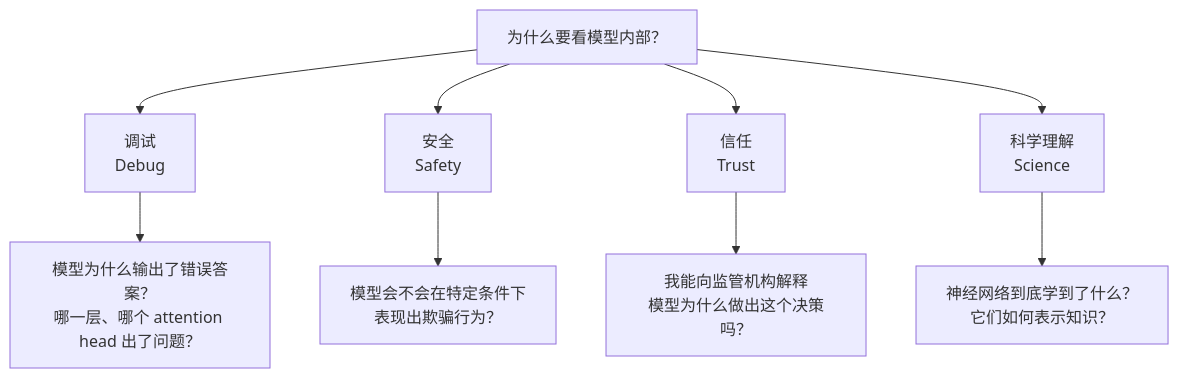
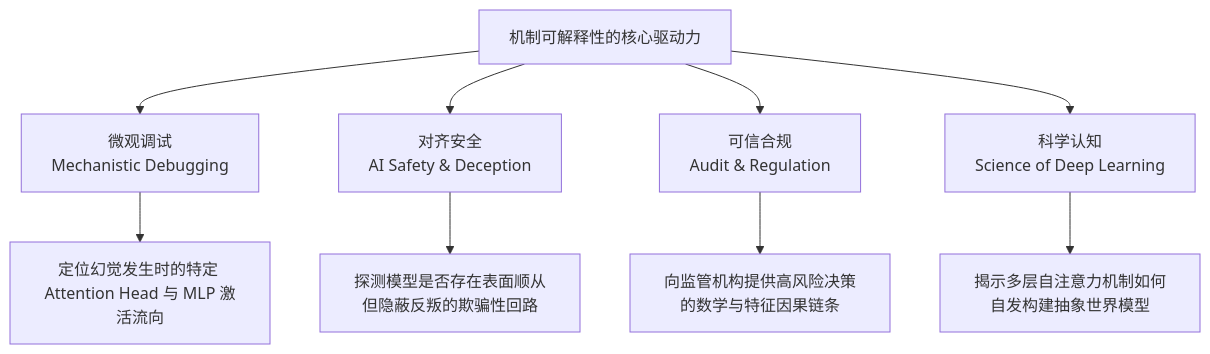
One commit to yingwang/thinking-in-llm changed the first of 8 diagrams in chapters/13-interpretability.md. Above: the diagram before and after it, drawn with Mermaid. The commit also changed other lines of this file and 31 other files, not shown here.

````diff
--- a/chapters/13-interpretability.md
+++ b/chapters/13-interpretability.md
@@ -32,13 +36,13 @@
 ```mermaid
 graph TB
-    I["为什么要看模型内部？"]
-    I --> A["调试<br/>Debug"]
-    I --> B["安全<br/>Safety"]
-    I --> C["信任<br/>Trust"]
-    I --> D["科学理解<br/>Science"]
+    I["机制可解释性的核心驱动力"]
+    I --> A["微观调试<br/>Mechanistic Debugging"]
+    I --> B["对齐安全<br/>AI Safety & Deception"]
+    I --> C["可信合规<br/>Audit & Regulation"]
+    I --> D["科学认知<br/>Science of Deep Learning"]
     
-    A --> A1["模型为什么输出了错误答案？<br/>哪一层、哪个 attention head 出了问题？"]
-    B --> B1["模型会不会在特定条件下<br/>表现出欺骗行为？"]
-    C --> C1["我能向监管机构解释<br/>模型为什么做出这个决策吗？"]
-    D --> D1["神经网络到底学到了什么？<br/>它们如何表示知识？"]
+    A --> A1["定位幻觉发生时的特定 Attention Head 与 MLP 激活流向"]
+    B --> B1["探测模型是否存在表面顺从但隐蔽反叛的欺骗性回路"]
+    C --> C1["向监管机构提供高风险决策的数学与特征因果链条"]
+    D --> D2["揭示多层自注意力机制如何自发构建抽象世界模型"]
 ```
````
